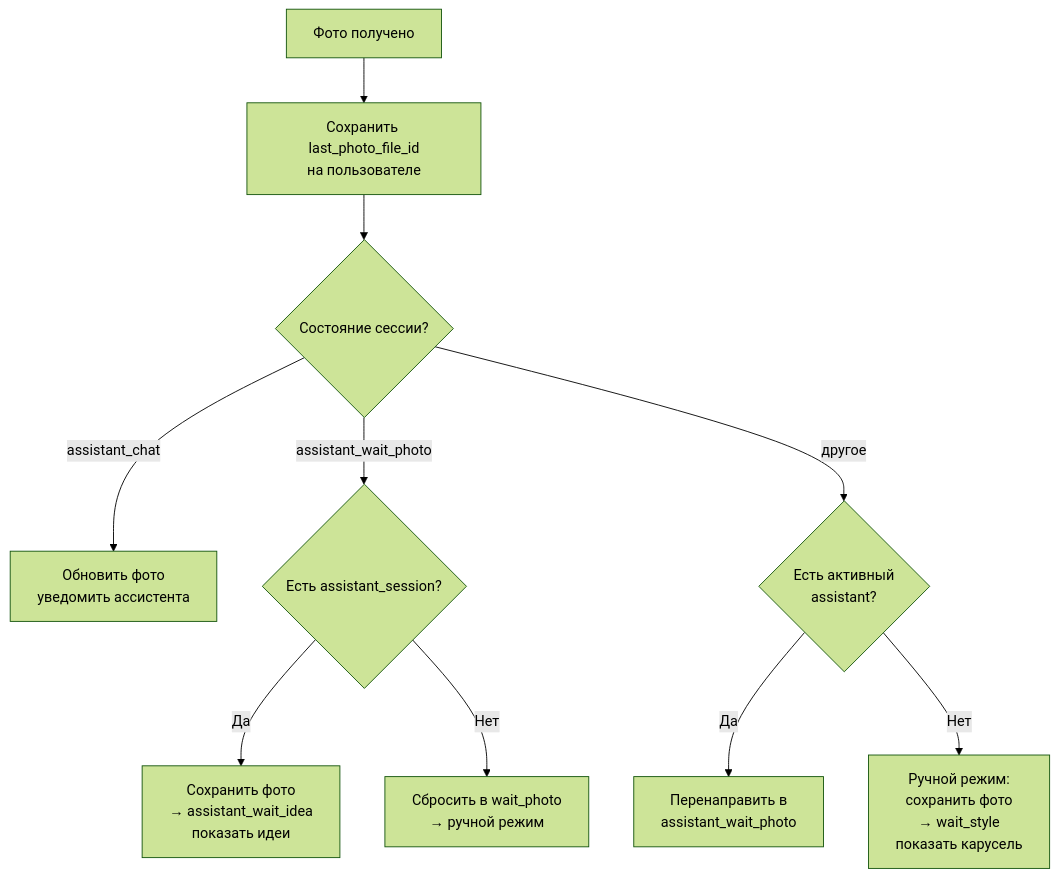
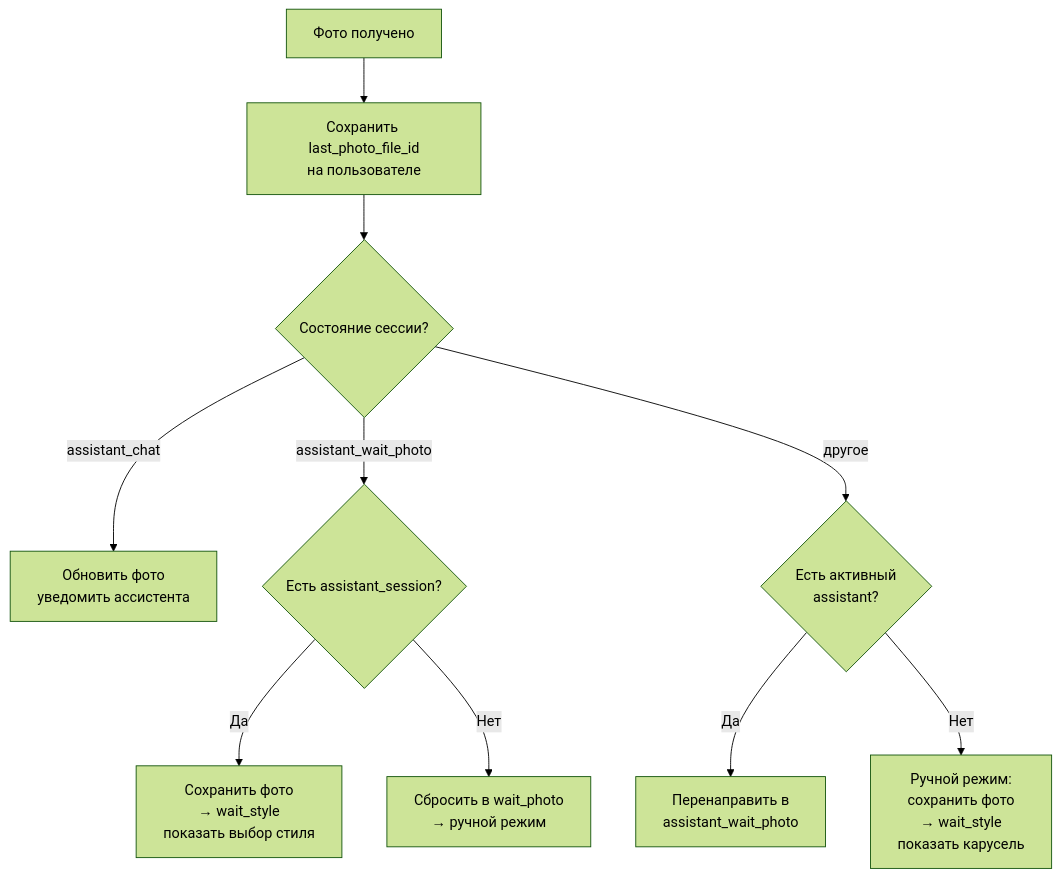
One commit to mazarov/https-github.com-mazarov-photo2sticker-bot changed the second of 2 diagrams in docs/architecture/01-api-bot.md. Above: the diagram before and after it, drawn with Mermaid (forest theme). The commit also changed other lines of this file and 1 other file, not shown here.

First line of the commit message:
Убрать шаг «идея» в flow «Создать стикер», вернуть выбор стиля

````diff
--- a/docs/architecture/01-api-bot.md
+++ b/docs/architecture/01-api-bot.md
@@ -103,14 +99,14 @@
 ```mermaid
 flowchart TD
     PHOTO[Фото получено] --> SAVE_LAST[Сохранить last_photo_file_id<br/>на пользователе]
     SAVE_LAST --> CHECK_STATE{Состояние сессии?}
 
     CHECK_STATE -->|assistant_chat| UPDATE_PHOTO[Обновить фото<br/>уведомить ассистента]
     CHECK_STATE -->|assistant_wait_photo| HAS_ASESSION{Есть assistant_session?}
-    HAS_ASESSION -->|Да| ASSISTANT_FLOW[Сохранить фото<br/>→ assistant_wait_idea<br/>показать идеи]
+    HAS_ASESSION -->|Да| ASSISTANT_FLOW[Сохранить фото<br/>→ wait_style<br/>показать выбор стиля]
     HAS_ASESSION -->|Нет| FALLBACK[Сбросить в wait_photo<br/>→ ручной режим]
 
     CHECK_STATE -->|другое| REROUTE{Есть активный<br/>assistant?}
     REROUTE -->|Да| RE[Перенаправить в<br/>assistant_wait_photo]
     REROUTE -->|Нет| MANUAL[Ручной режим:<br/>сохранить фото<br/>→ wait_style<br/>показать карусель]
 ```
````
